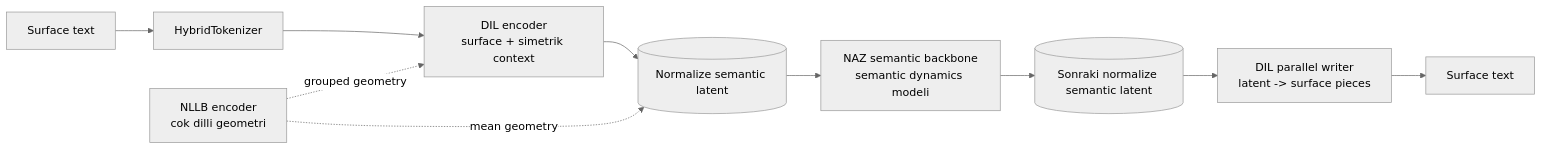
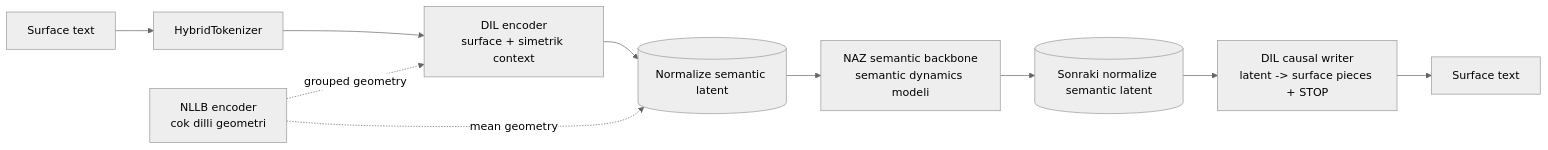
The diagram in README.tr.md (NumanKaanKaratas/Dilnaz), drawn with Mermaid (neutral theme) before and after one commit. The commit also changed other lines of this file and 26 other files, not shown here.

````diff
--- a/README.tr.md
+++ b/README.tr.md
@@ -22,12 +22,12 @@
 ```mermaid
 flowchart LR
     A[Surface text] --> B[HybridTokenizer]
     B --> C[DIL encoder<br/>surface + simetrik context]
     C --> D[(Normalize semantic latent)]
     D --> E[NAZ semantic backbone<br/>semantic dynamics modeli]
     E --> F[(Sonraki normalize semantic latent)]
-    F --> G[DIL parallel writer<br/>latent -> surface pieces]
+    F --> G[DIL causal writer<br/>latent -> surface pieces + STOP]
     G --> H[Surface text]
     T[NLLB encoder<br/>cok dilli geometri] -. grouped geometry .-> C
     T -. mean geometry .-> D
 ```
````
